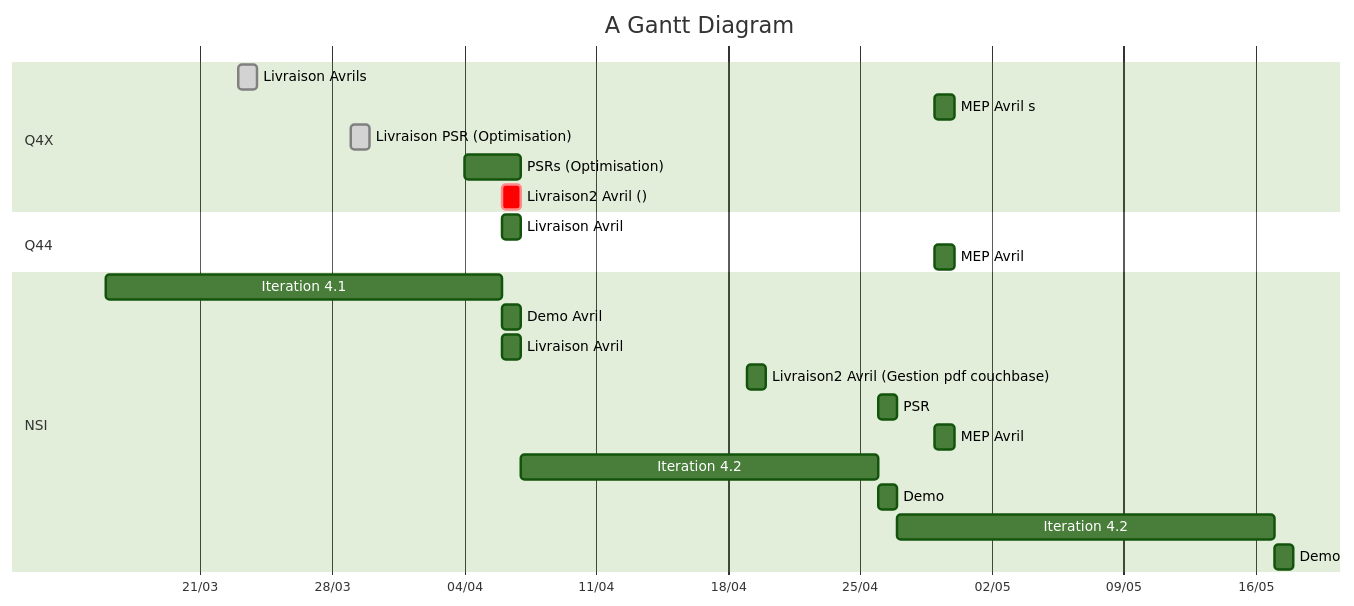
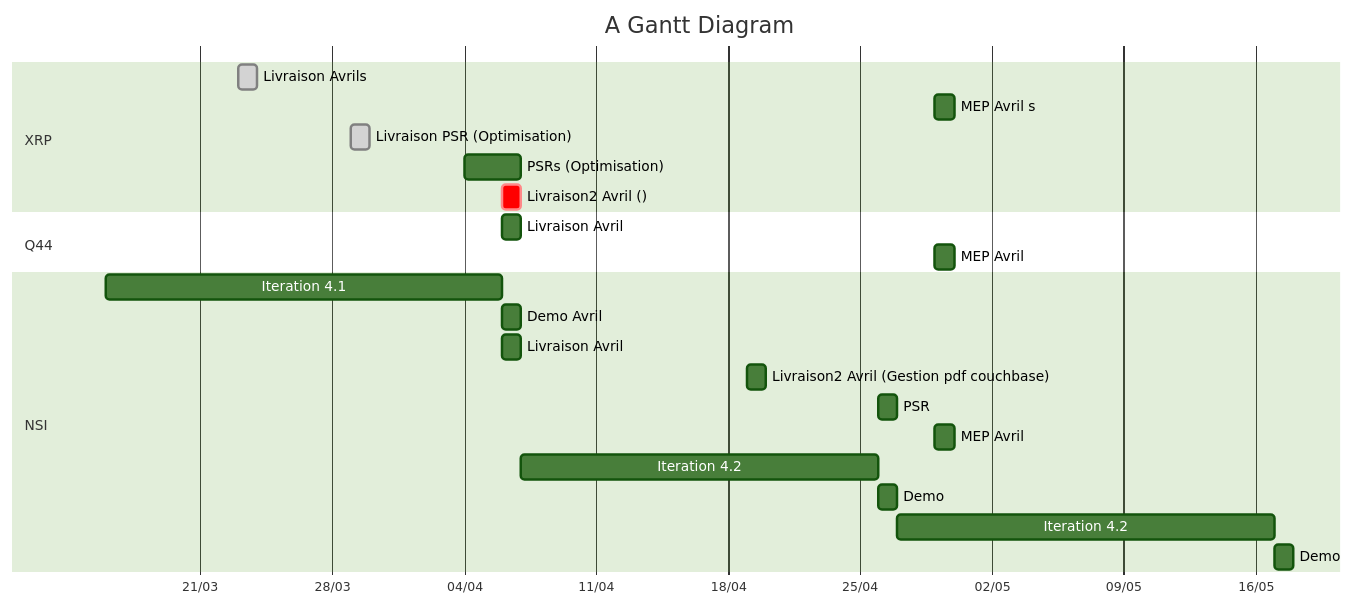
The diagram in x.md (mohamedelmourabit/xpr2), drawn with Mermaid (forest theme) before and after one commit.

````diff
--- a/x.md
+++ b/x.md
@@ -3,31 +3,31 @@
 ```mermaid
 gantt
     title A Gantt Diagram
     dateFormat  DD/MM/YYYY
     axisFormat  %d/%m
     
-    section Q4X
+    section XRP
     Livraison Avrils    : done, 23/03/2021, 1d
     MEP Avril s          : 29/04/2021, 1d
     Livraison PSR (Optimisation)    : done, 29/03/2021, 1d
     PSRs (Optimisation)              : 04/04/2021, 3d
     %% release/s :
     Livraison2 Avril ()    : crit, 06/04/2021, 1d
     
     section Q44
     Livraison Avril         : 06/04/2021, 1d
     MEP Avril               : 29/04/2021, 1d
     
     section NSI
     Iteration 4.1           : 16/03/2021, 06/04/2021
     Demo Avril              : 06/04/2021, 1d
     Livraison Avril         : 06/04/2021, 1d
     Livraison2 Avril (Gestion pdf couchbase)        : 19/04/2021, 1d
     PSR                     : 26/04/2021, 1d
     MEP Avril               : 29/04/2021, 1d
     Iteration 4.2           : 07/04/2021, 26/04/2021
     Demo                    : 26/04/2021, 1d
     Iteration 4.2           : 27/04/2021, 17/05/2021
     Demo                    : 17/05/2021, 1d
 
 ```
````
